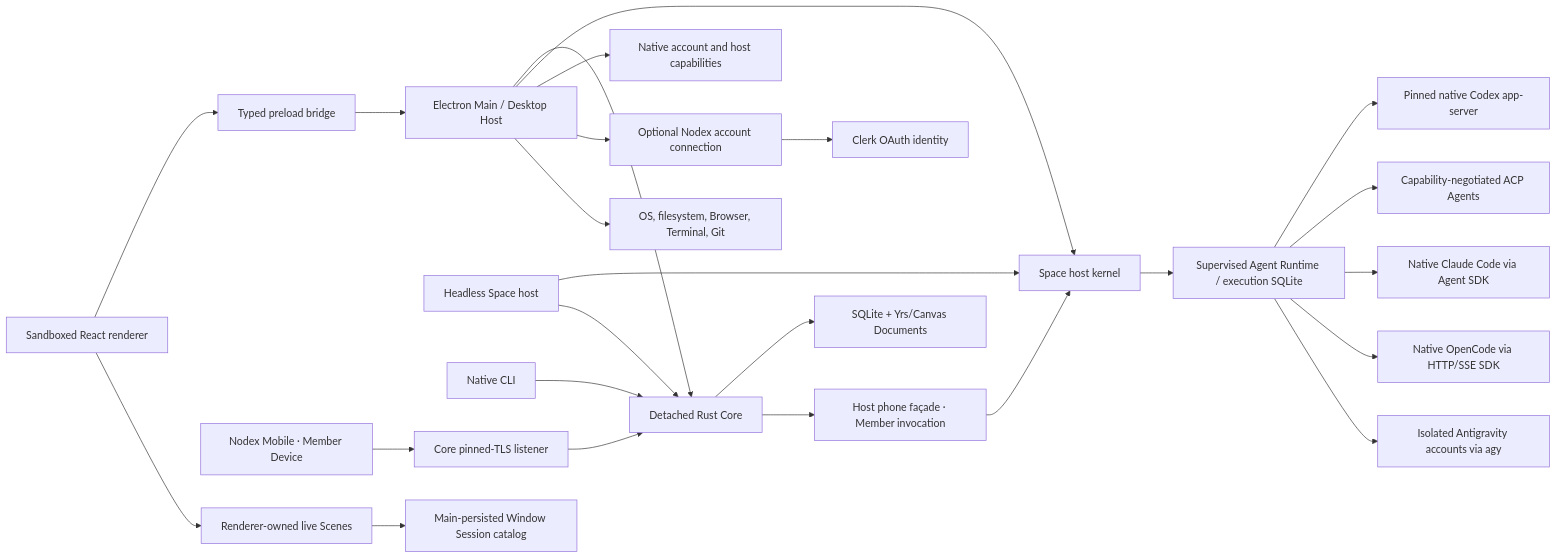
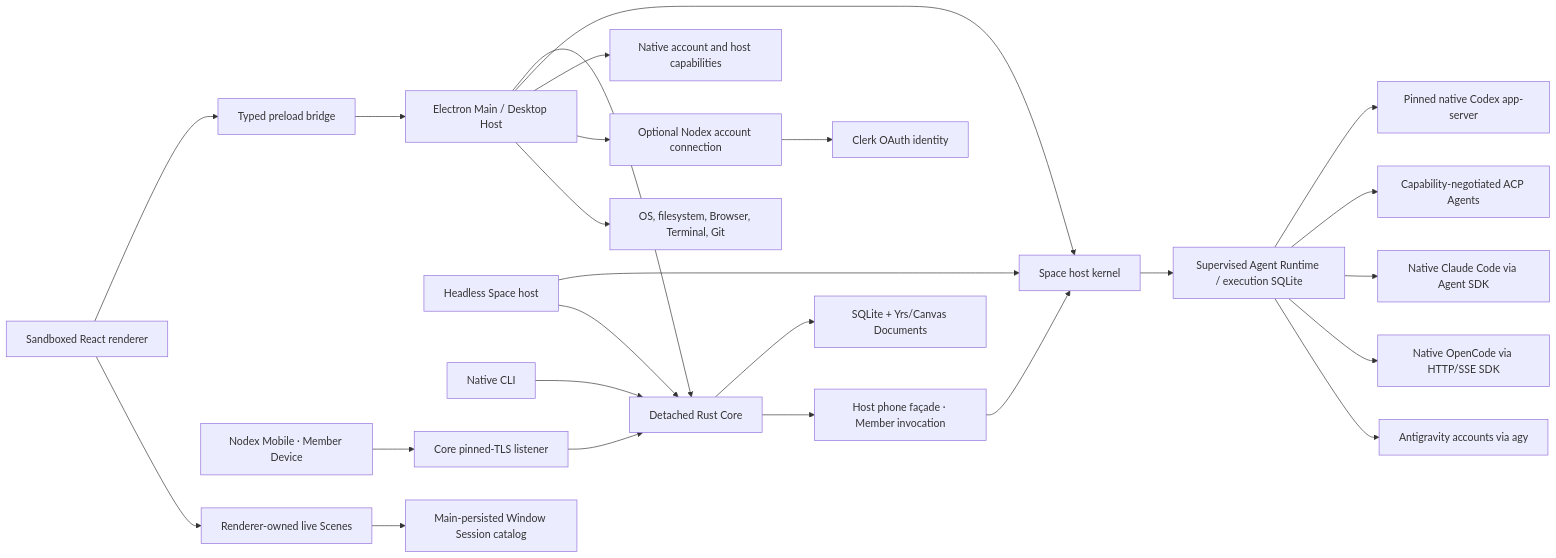
The first of 3 diagrams in docs/ARCHITECTURE.md (junyudev/nodex), drawn with Mermaid before and after one commit. The commit also changed 32 other files, not shown here.

````diff
--- a/docs/ARCHITECTURE.md
+++ b/docs/ARCHITECTURE.md
@@ -16,27 +16,27 @@
 ```mermaid
 flowchart LR
     Renderer["Sandboxed React renderer"] --> Preload["Typed preload bridge"]
     Preload --> Main["Electron Main / Desktop Host"]
     Main --> Core["Detached Rust Core"]
     Serve["Headless Space host"] --> Kernel
     Serve --> Core
     CLI["Native CLI"] --> Core
     Core --> Store["SQLite + Yrs/Canvas Documents"]
     Main --> Kernel["Space host kernel"]
     Kernel --> Agent["Supervised Agent Runtime / execution SQLite"]
     Agent --> Codex["Pinned native Codex app-server"]
     Agent --> ACP["Capability-negotiated ACP Agents"]
     Agent --> Claude["Native Claude Code via Agent SDK"]
     Agent --> OpenCode["Native OpenCode via HTTP/SSE SDK"]
-    Agent --> Antigravity["Isolated Antigravity accounts via agy"]
+    Agent --> Antigravity["Antigravity accounts via agy"]
     Phone["Nodex Mobile · Member Device"] --> TLS["Core pinned-TLS listener"]
     TLS --> Core
     Core --> Facade["Host phone façade · Member invocation"]
     Facade --> Kernel
     Main --> Accounts["Native account and host capabilities"]
     Main --> NodexAccount["Optional Nodex account connection"]
     NodexAccount --> Clerk["Clerk OAuth identity"]
     Main --> Host["OS, filesystem, Browser, Terminal, Git"]
     Renderer --> Scene["Renderer-owned live Scenes"]
     Scene --> Catalog["Main-persisted Window Session catalog"]
 ```
````
